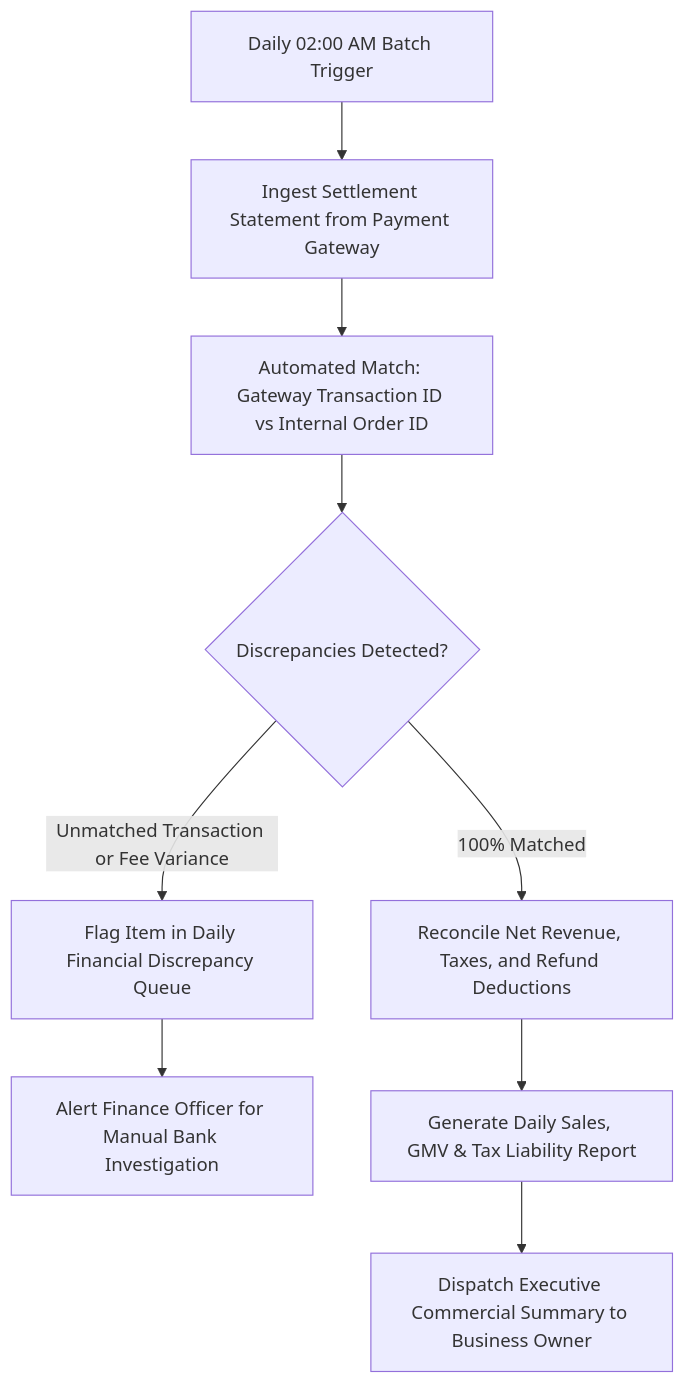
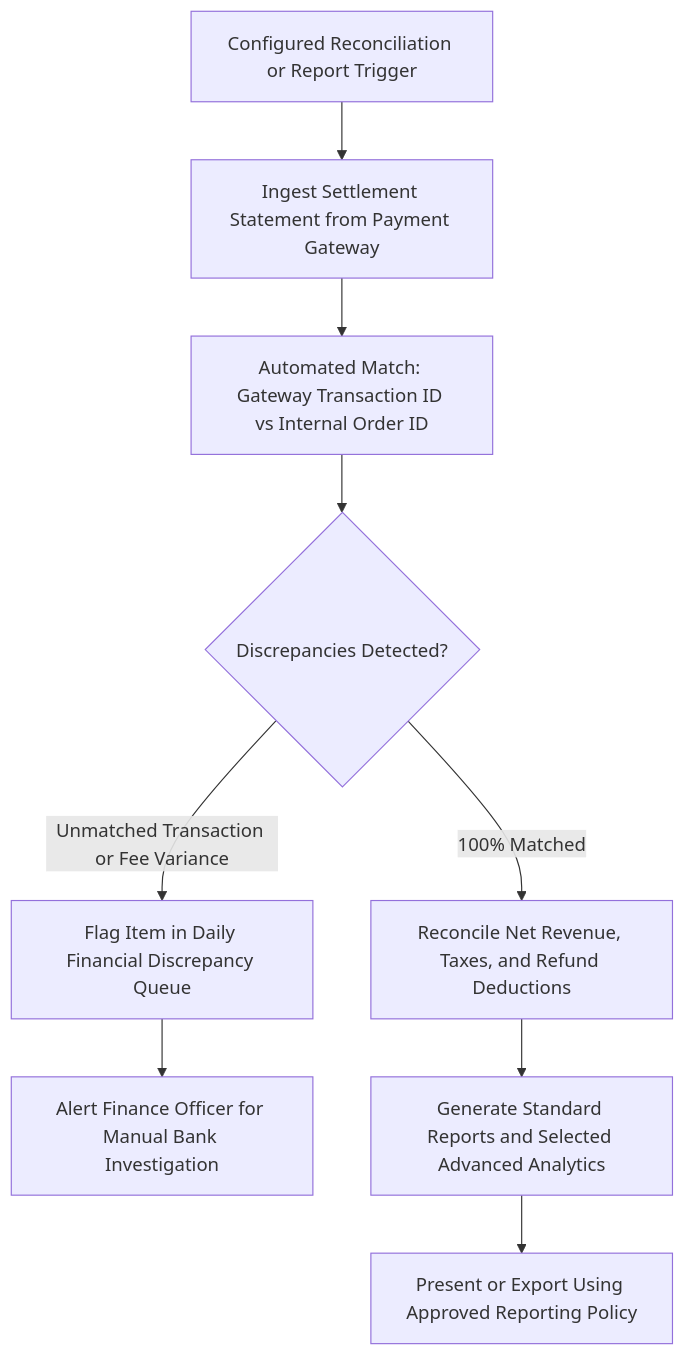
Before and after one commit to ezhilselvan1109/chellaa-system: diagram 14 of 16 in docs/00-requirements/06-business-workflows.md, drawn with Mermaid. The commit also changed other lines of this file, not shown here.

Commit message:
docs(workflows): align notification/reporting flows and add review moderation

````diff
--- a/docs/00-requirements/06-business-workflows.md
+++ b/docs/00-requirements/06-business-workflows.md
@@ -715,11 +712,11 @@
 ```mermaid
 flowchart TD
-    A[Daily 02:00 AM Batch Trigger] --> B[Ingest Settlement Statement from Payment Gateway]
+    A[Configured Reconciliation or Report Trigger] --> B[Ingest Settlement Statement from Payment Gateway]
     B --> C[Automated Match: Gateway Transaction ID vs Internal Order ID]
     C --> D{Discrepancies Detected?}
     D -->|Unmatched Transaction or Fee Variance| E[Flag Item in Daily Financial Discrepancy Queue]
     E --> F[Alert Finance Officer for Manual Bank Investigation]
     D -->|100% Matched| G[Reconcile Net Revenue, Taxes, and Refund Deductions]
-    G --> H[Generate Daily Sales, GMV & Tax Liability Report]
-    H --> I[Dispatch Executive Commercial Summary to Business Owner]
+    G --> H[Generate Standard Reports and Selected Advanced Analytics]
+    H --> I[Present or Export Using Approved Reporting Policy]
 ```
````
